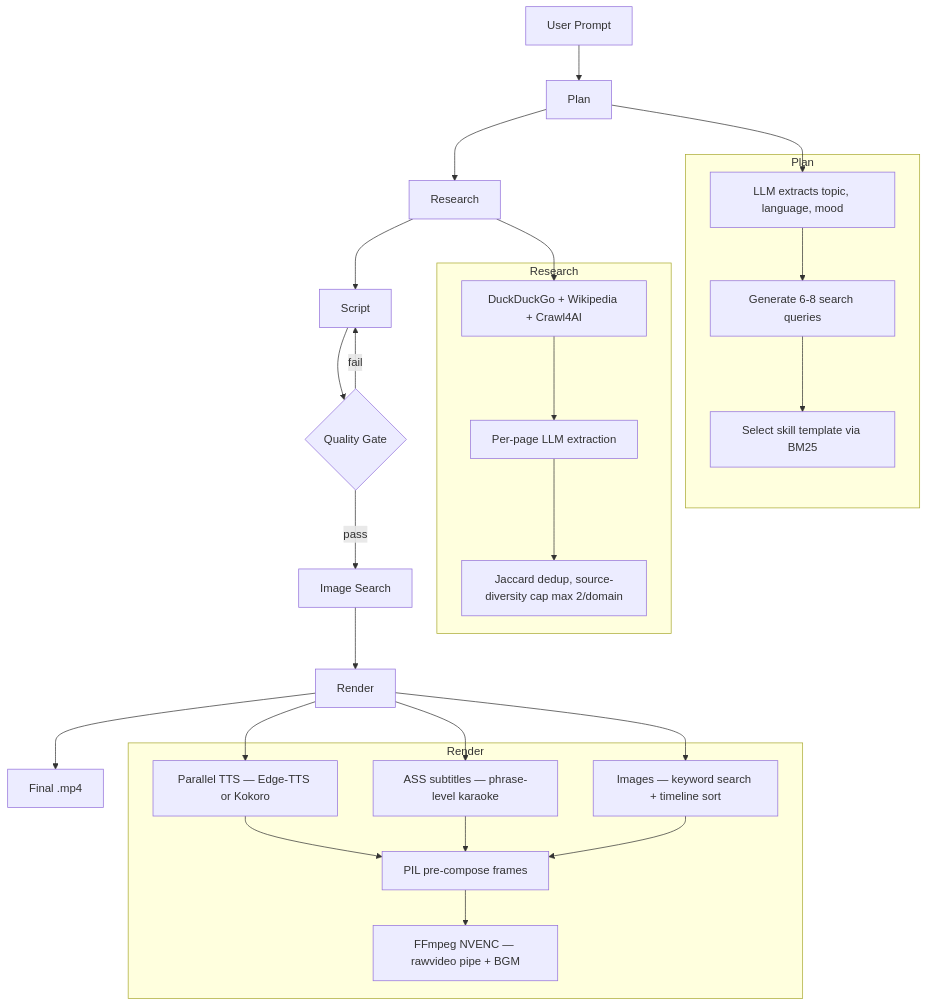
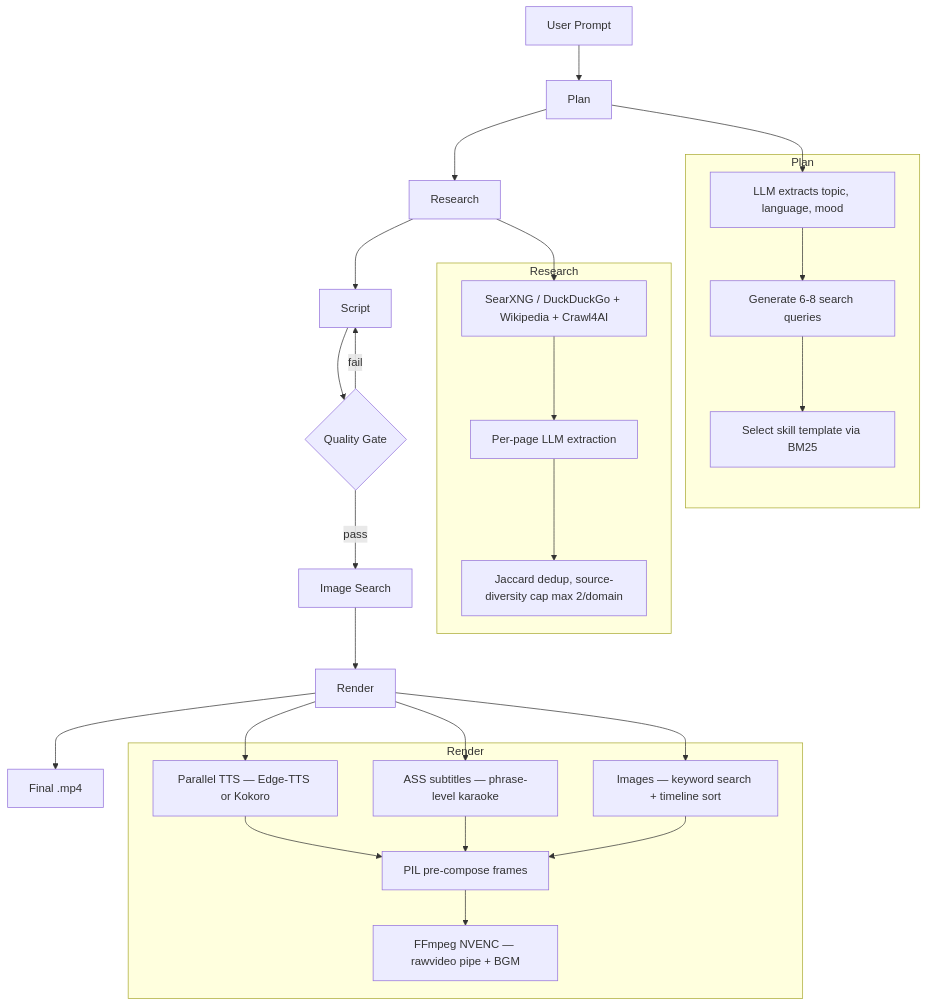
Before and after one commit to Matcry12/Video-Maker: the first of 2 diagrams in README.md, drawn with Mermaid. The commit also changed other lines of this file, not shown here.

Commit message:
docs: credit SearXNG as primary search backend in README
Research and image search use a self-hosted SearXNG instance as the primary
backend with DuckDuckGo fallback (research_agent.py, images/pipeline.py);
the tech-stack and research flow now reflect this instead of listing only DDG.

````diff
--- a/README.md
+++ b/README.md
@@ -46,33 +46,33 @@
 ```mermaid
 flowchart TD
     A[User Prompt] --> B[Plan]
     B --> C[Research]
     C --> D[Script]
     D --> E{Quality Gate}
     E -- "fail" --> D
     E -- "pass" --> F[Image Search]
     F --> G[Render]
     G --> H[Final .mp4]
 
     subgraph Plan
         B1[LLM extracts topic, language, mood] --> B2[Generate 6-8 search queries]
         B2 --> B3[Select skill template via BM25]
     end
     B --> B1
 
     subgraph Research
-        C1[DuckDuckGo + Wikipedia + Crawl4AI] --> C2[Per-page LLM extraction]
+        C1[SearXNG / DuckDuckGo + Wikipedia + Crawl4AI] --> C2[Per-page LLM extraction]
         C2 --> C3[Jaccard dedup, source-diversity cap max 2/domain]
     end
     C --> C1
 
     subgraph Render
         G1[Parallel TTS — Edge-TTS or Kokoro] --> G4[PIL pre-compose frames]
         G2[ASS subtitles — phrase-level karaoke] --> G4
         G3[Images — keyword search + timeline sort] --> G4
         G4 --> G5[FFmpeg NVENC — rawvideo pipe + BGM]
     end
     G --> G1
     G --> G2
     G --> G3
 ```
````
